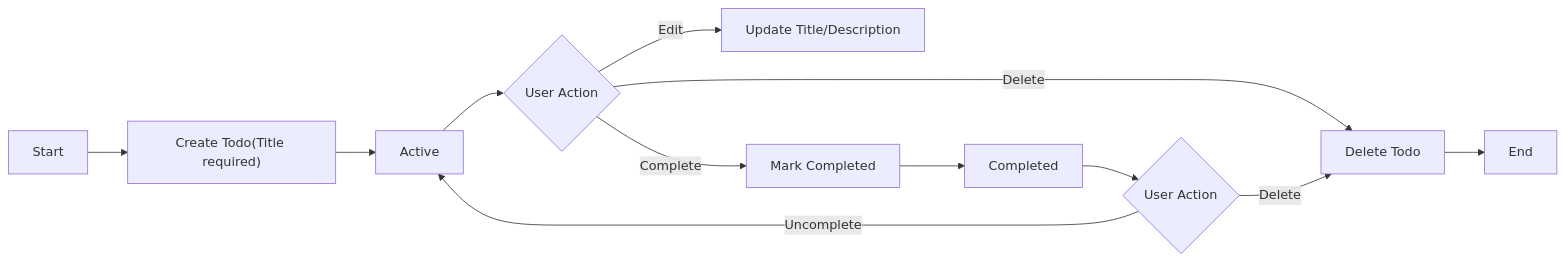
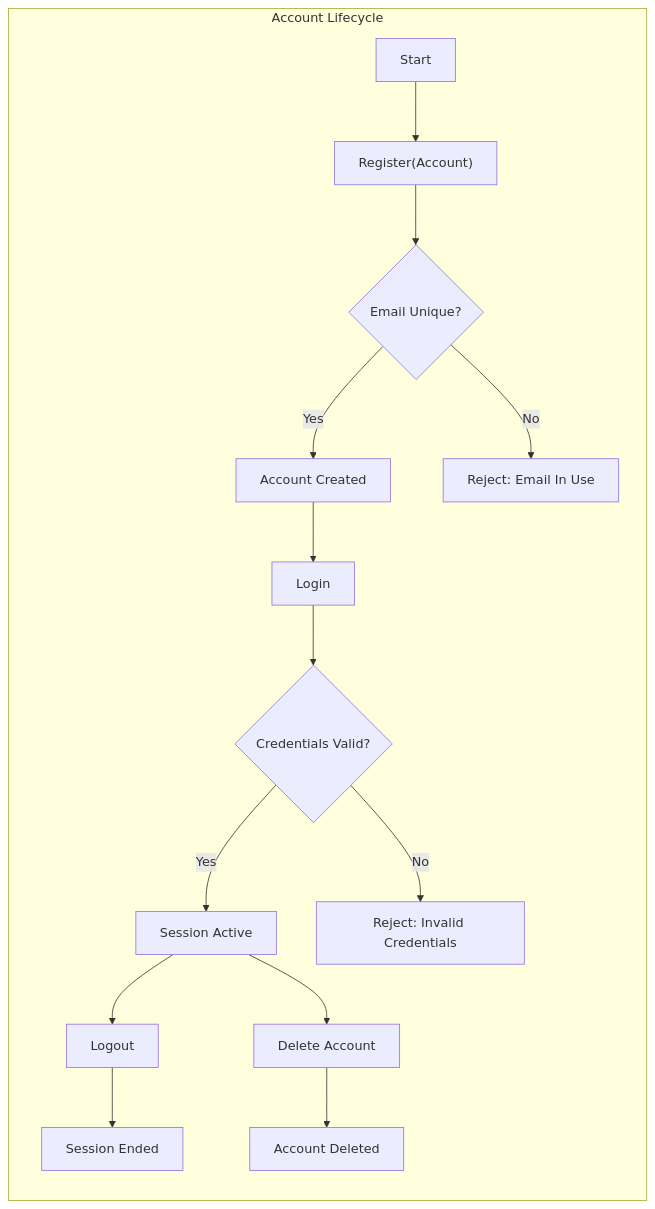
Before and after one commit to wrtnlabs/autobe-examples: the first of 2 diagrams in openai/gpt-5/todo/docs/analysis/01-service-overview.md, drawn with Mermaid. The commit also changed other lines of this file and 16146 other files, not shown here.

````diff
--- a/openai/gpt-5/todo/docs/analysis/01-service-overview.md
+++ b/openai/gpt-5/todo/docs/analysis/01-service-overview.md
@@ -58,14 +197,17 @@
 ```mermaid
 graph LR
-  A["Start"] --> B["Create Todo(Title required)"]
-  B --> C["Active"]
-  C --> D{"User Action"}
-  D -->|"Edit"| E["Update Title/Description"]
-  D -->|"Complete"| F["Mark Completed"]
-  D -->|"Delete"| G["Delete Todo"]
-  F --> H["Completed"]
-  H --> I{"User Action"}
-  I -->|"Uncomplete"| C
-  I -->|"Delete"| G
-  G --> J["End"]
+  subgraph "Account Lifecycle"
+    A["Start"] --> B["Register(Account)"]
+    B --> C{"Email Unique?"}
+    C -->|"Yes"| D["Account Created"]
+    C -->|"No"| E["Reject: Email In Use"]
+    D --> F["Login"]
+    F --> G{"Credentials Valid?"}
+    G -->|"Yes"| H["Session Active"]
+    G -->|"No"| I["Reject: Invalid Credentials"]
+    H --> J["Logout"]
+    H --> K["Delete Account"]
+    J --> L["Session Ended"]
+    K --> M["Account Deleted"]
+  end
 ```
````
